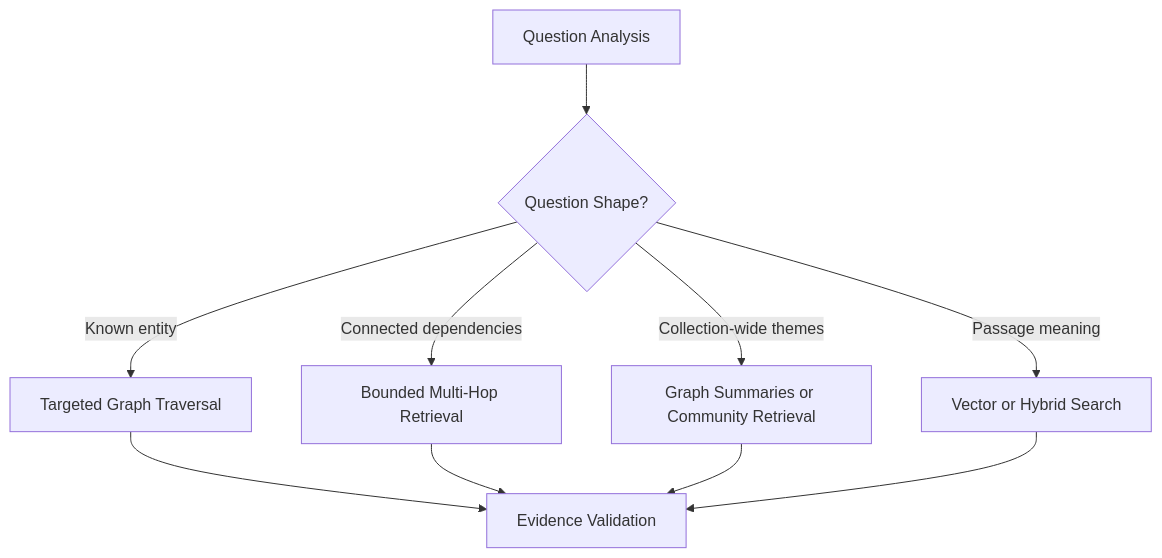
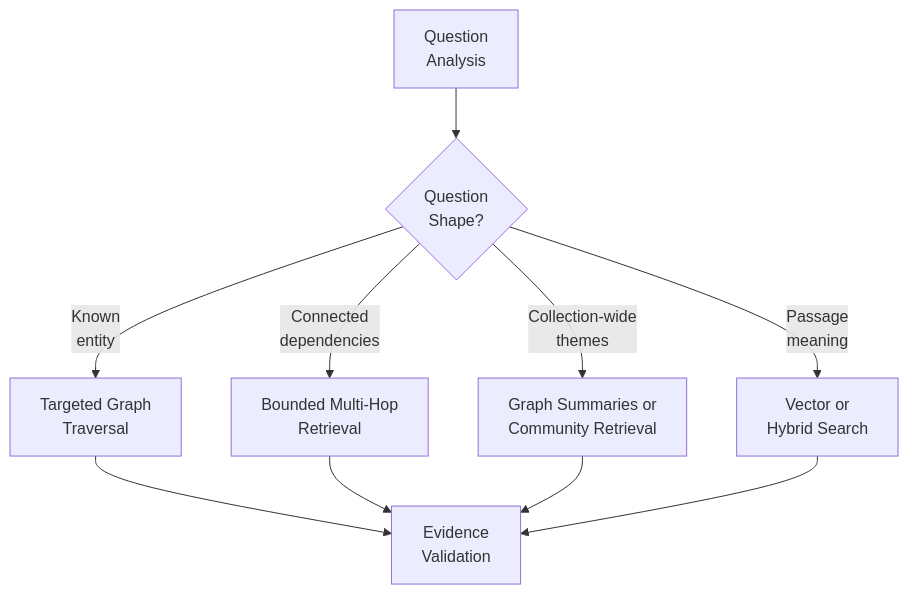
The sixth of 8 diagrams in docs/architecture-insights/genai-and-rag/4.1_architecting_graph_rag_relationship_aware_enterprise_knowledge.md (MihirKJha/enterprise-ai-blog), drawn with Mermaid before and after one commit. The commit also changed other lines of this file, not shown here.

````diff
--- a/docs/architecture-insights/genai-and-rag/4.1_architecting_graph_rag_relationship_aware_enterprise_knowledge.md
+++ b/docs/architecture-insights/genai-and-rag/4.1_architecting_graph_rag_relationship_aware_enterprise_knowledge.md
@@ -283,12 +283,12 @@
 ```mermaid
 graph TD
-    A[Question Analysis] --> B{Question Shape?}
-    B -->|Known entity| C[Targeted Graph Traversal]
-    B -->|Connected dependencies| D[Bounded Multi-Hop Retrieval]
-    B -->|Collection-wide themes| E[Graph Summaries or Community Retrieval]
-    B -->|Passage meaning| F[Vector or Hybrid Search]
-    C --> G[Evidence Validation]
+    A[Question<br/>Analysis] --> B{Question<br/>Shape?}
+    B -->|Known<br/>entity| C[Targeted Graph<br/>Traversal]
+    B -->|Connected<br/>dependencies| D[Bounded Multi-Hop<br/>Retrieval]
+    B -->|Collection-wide<br/>themes| E[Graph Summaries or<br/>Community Retrieval]
+    B -->|Passage<br/>meaning| F[Vector or<br/>Hybrid Search]
+    C --> G[Evidence<br/>Validation]
     D --> G
     E --> G
     F --> G
 ```
````
